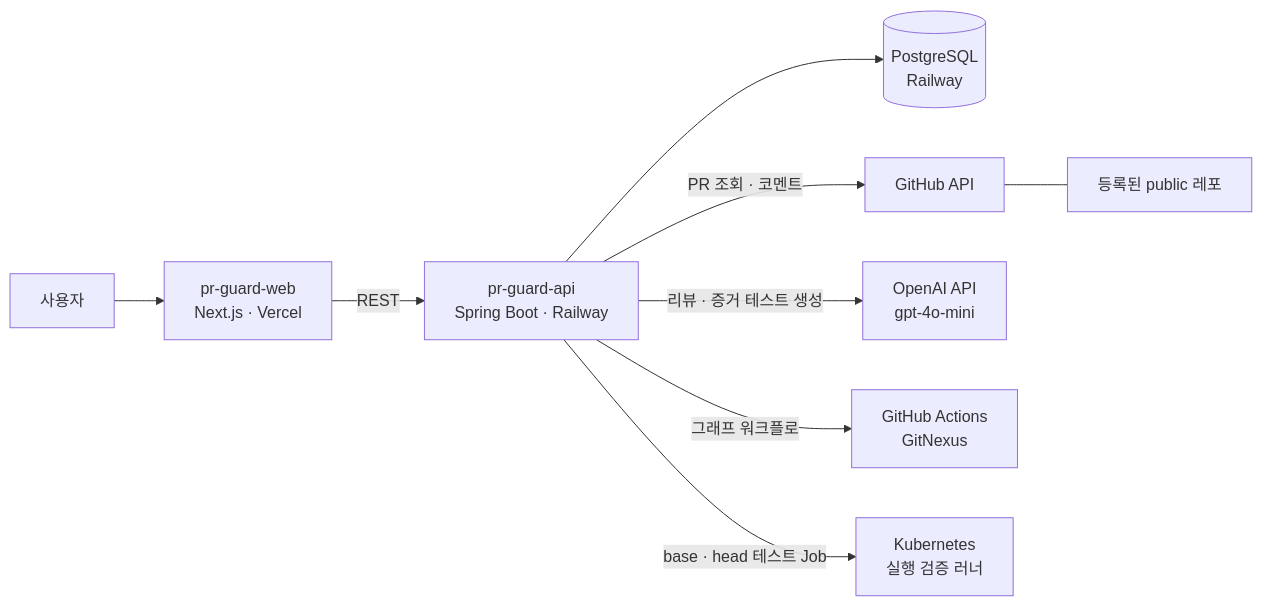
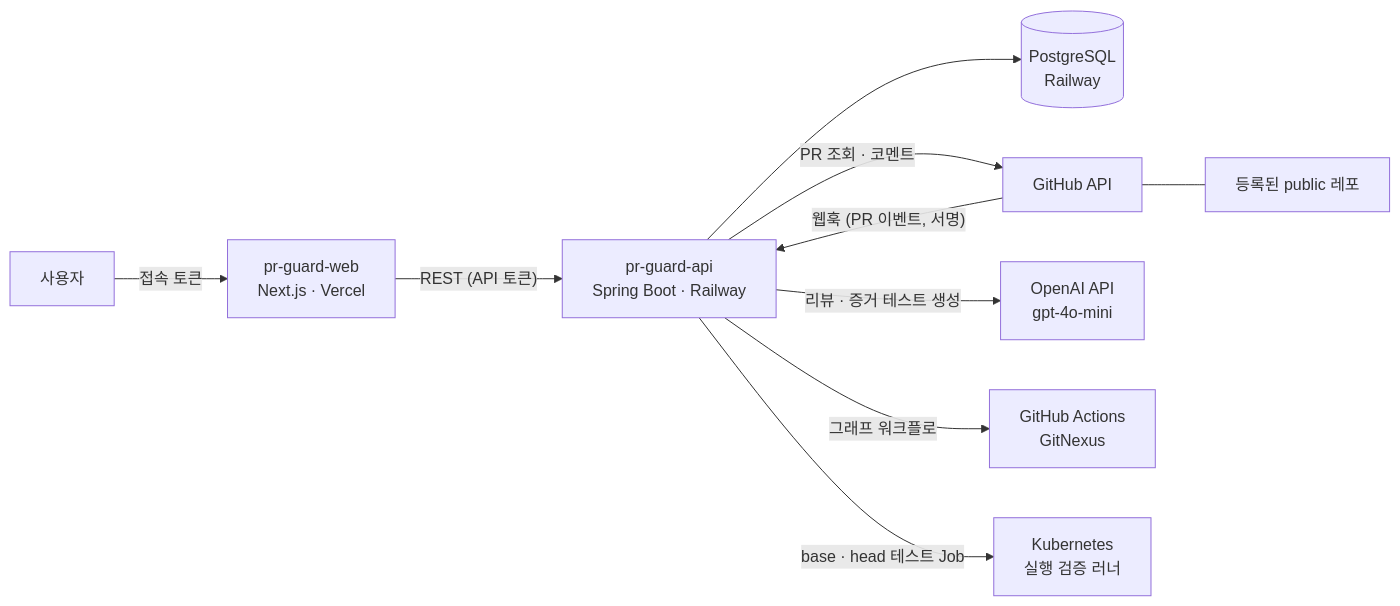
The diagram in profile/README.md (dongguk-creative-fusion-2026/.github), drawn with Mermaid before and after one commit. The commit also changed other lines of this file, not shown here.

````diff
--- a/profile/README.md
+++ b/profile/README.md
@@ -166,11 +171,12 @@
 ```mermaid
 flowchart LR
-    U["사용자"] --> W["pr-guard-web<br>Next.js · Vercel"]
-    W -->|REST| A["pr-guard-api<br>Spring Boot · Railway"]
+    U["사용자"] -->|"접속 토큰"| W["pr-guard-web<br>Next.js · Vercel"]
+    W -->|"REST (API 토큰)"| A["pr-guard-api<br>Spring Boot · Railway"]
     A --> DB[("PostgreSQL<br>Railway")]
     A -->|"PR 조회 · 코멘트"| G["GitHub API"]
     A -->|"리뷰 · 증거 테스트 생성"| O["OpenAI API<br>gpt-4o-mini"]
     A -->|"그래프 워크플로"| GA["GitHub Actions<br>GitNexus"]
     A -->|"base · head 테스트 Job"| K["Kubernetes<br>실행 검증 러너"]
+    G -->|"웹훅 (PR 이벤트, 서명)"| A
     G --- R["등록된 public 레포"]
 ```
````
